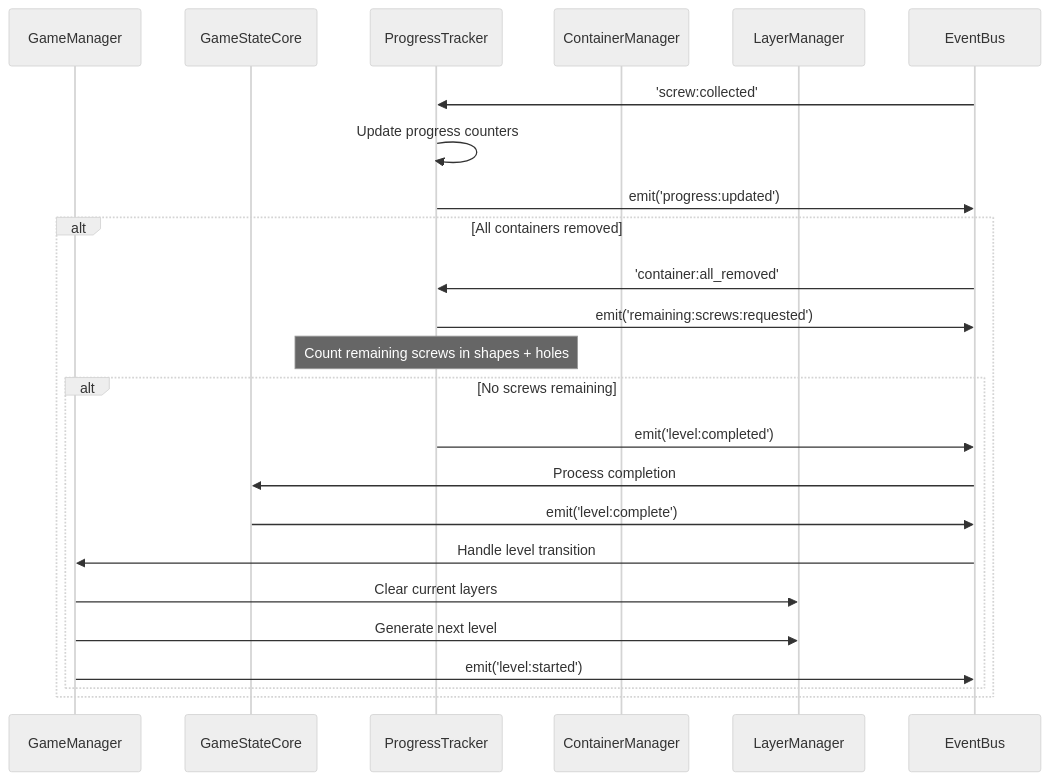
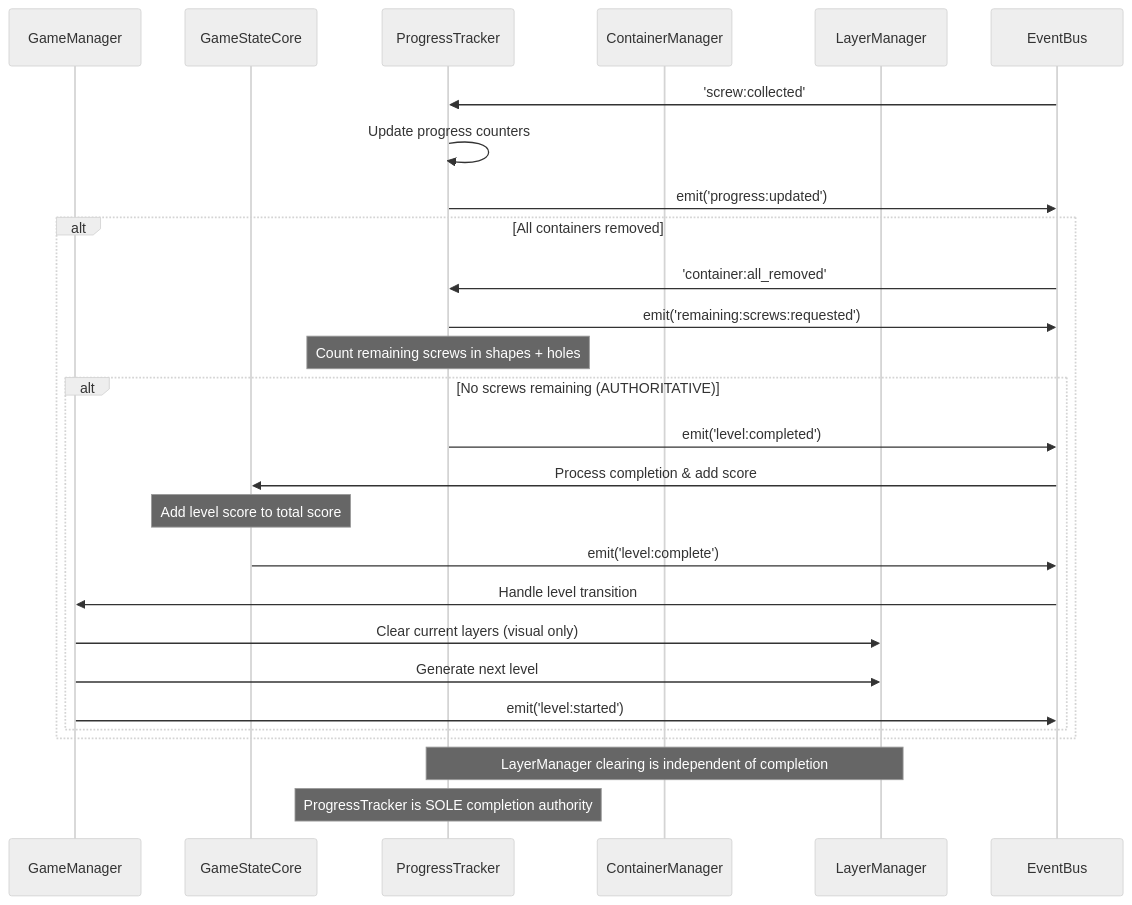
One commit to paulrobello/par-shape-2d changed the second of 3 diagrams in docs/game_architecture.md. Above: the diagram before and after it, drawn with Mermaid (neutral theme). The commit also changed other lines of this file and 20 other files, not shown here.

````diff
--- a/docs/game_architecture.md
+++ b/docs/game_architecture.md
@@ -238,30 +267,34 @@
 ```mermaid
 sequenceDiagram
     participant GM as GameManager
     participant GSC as GameStateCore
     participant PT as ProgressTracker
     participant CM as ContainerManager
     participant LM as LayerManager
     participant EB as EventBus
 
     EB->>PT: 'screw:collected'
     PT->>PT: Update progress counters
     PT->>EB: emit('progress:updated')
     
     alt All containers removed
         EB->>PT: 'container:all_removed'
         PT->>EB: emit('remaining:screws:requested')
         
         Note over PT: Count remaining screws in shapes + holes
         
-        alt No screws remaining
+        alt No screws remaining (AUTHORITATIVE)
             PT->>EB: emit('level:completed')
-            EB->>GSC: Process completion
+            EB->>GSC: Process completion & add score
+            Note over GSC: Add level score to total score
             GSC->>EB: emit('level:complete')
             EB->>GM: Handle level transition
-            GM->>LM: Clear current layers
+            GM->>LM: Clear current layers (visual only)
             GM->>LM: Generate next level
             GM->>EB: emit('level:started')
         end
     end
+    
+    Note over PT,LM: LayerManager clearing is independent of completion
+    Note over PT: ProgressTracker is SOLE completion authority
 ```
````
